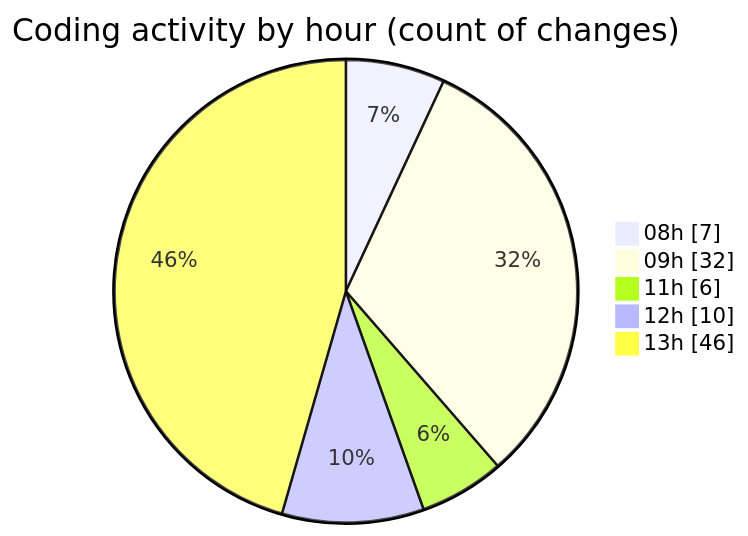
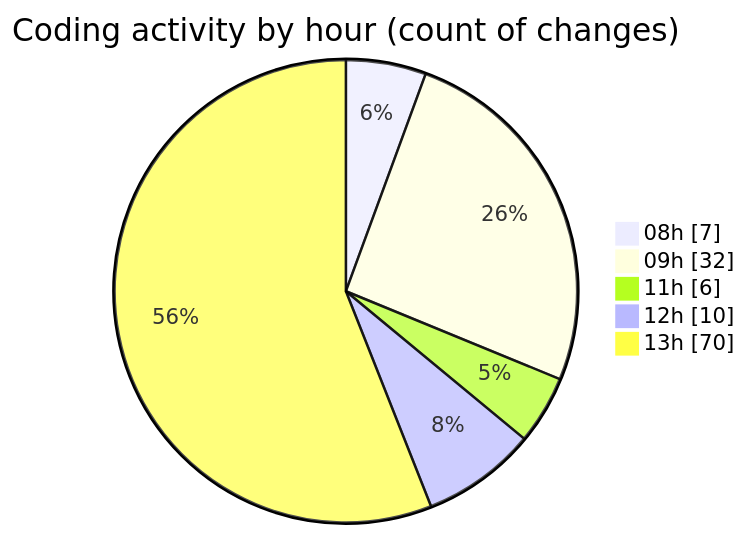
One commit to momahboobian/code-tracking changed the second of 2 diagrams in 2026-09-04/cda/README.md. Above: the diagram before and after it, drawn with Mermaid. The commit also changed other lines of this file and 1 other file, not shown here.

````diff
--- a/2026-09-04/cda/README.md
+++ b/2026-09-04/cda/README.md
@@ -69,9 +69,9 @@
 ```mermaid
 pie showData
 title Coding activity by hour (count of changes)
 "08h" : 7
 "09h" : 32
 "11h" : 6
 "12h" : 10
-"13h" : 46
+"13h" : 70
 ```
````
